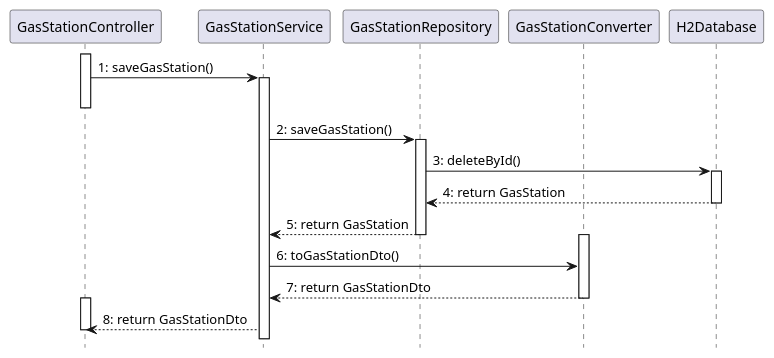
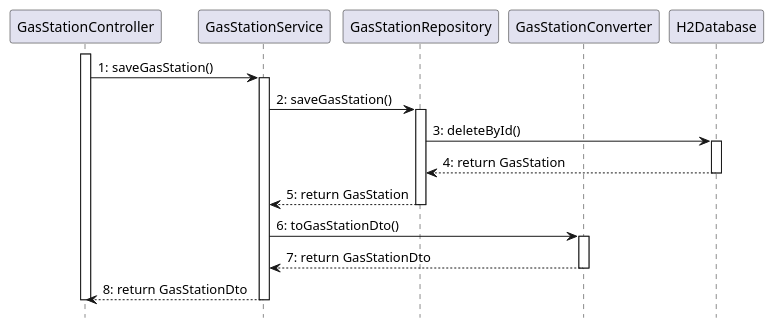
Before and after one commit to SE2-group4/SE1-project: the ninth of 15 diagrams in docs/DesignDocument.md, drawn with PlantUML. The commit also changed other lines of this file, not shown here.

````diff
--- a/docs/DesignDocument.md
+++ b/docs/DesignDocument.md
@@ -698,37 +696,36 @@
 ```plantuml
 @startuml
 hide footbox
 skinparam shadowing false
 
 participant GasStationController as GC
 participant GasStationService as GS
 participant GasStationRepository as GR
 participant GasStationConverter as GCV
 participant H2Database as H2
 
 activate GC
 GC -> GS: 1: saveGasStation()
 activate GS
-deactivate GC
 
 GS -> GR: 2: saveGasStation()
 activate GR
 
 GR -> H2: 3: deleteById()
 
 activate H2
 H2 --> GR: 4: return GasStation
 deactivate H2
 
 GR --> GS: 5: return GasStation
 deactivate GR
 
+GS -> GCV: 6: toGasStationDto()
 activate GCV
-GS -> GCV: 6: toGasStationDto()
 GCV --> GS: 7: return GasStationDto
 deactivate GCV
-activate GC
 GS --> GC: 8: return GasStationDto
+deactivate GS
 deactivate GC
 @enduml
 ```
````
